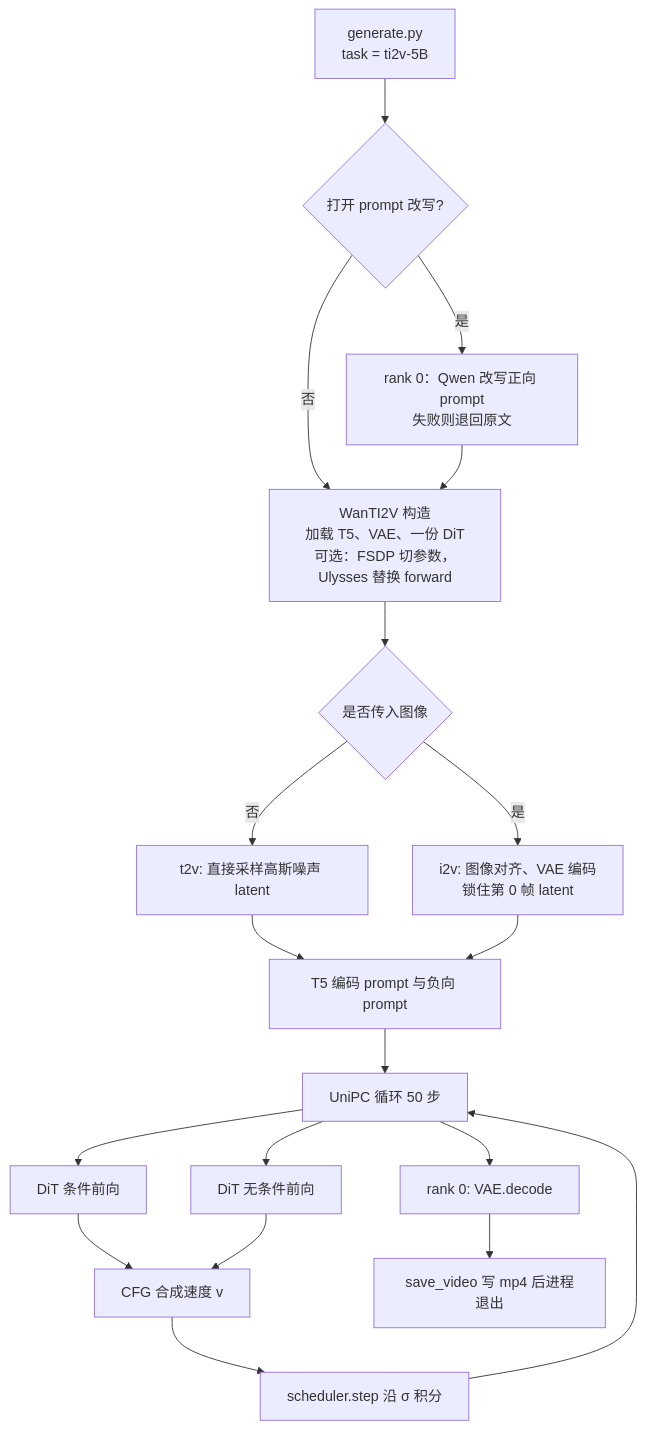
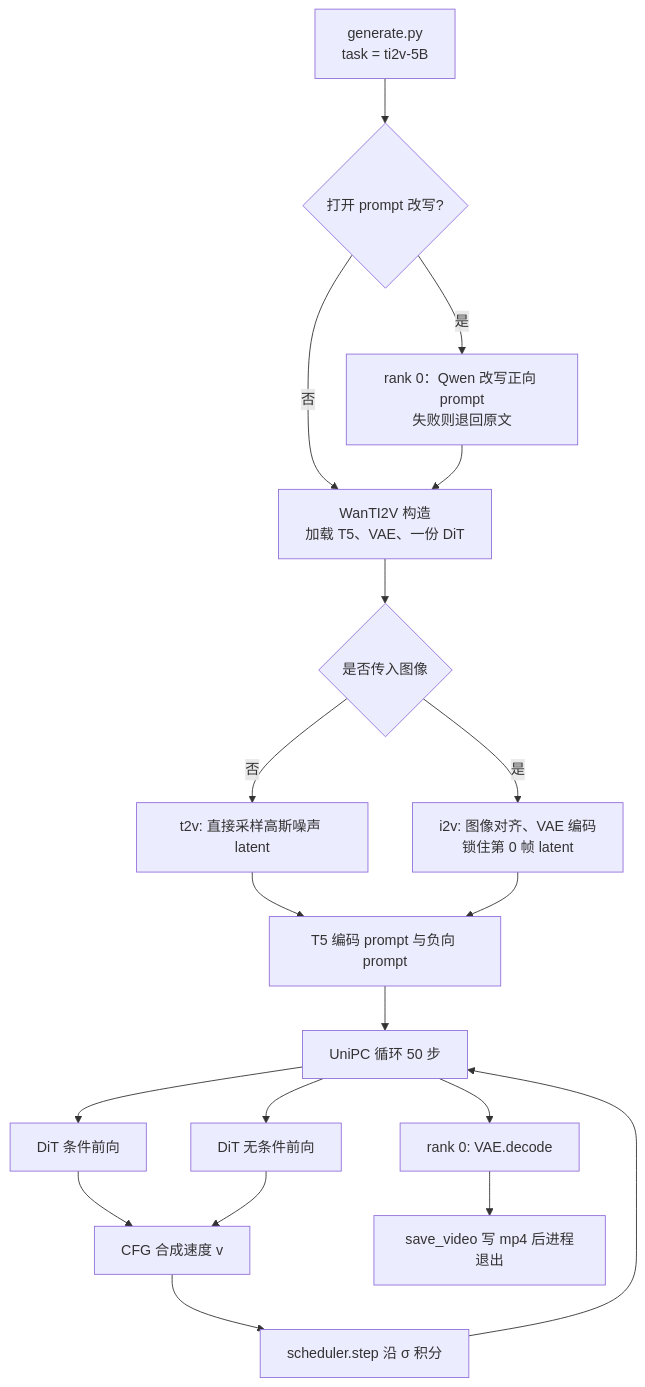
The diagram in docs/ti2v_5b_inference.md (zhzssp/Wan2.2), drawn with Mermaid before and after one commit. The commit also changed other lines of this file and 3 other files, not shown here.

````diff
--- a/docs/ti2v_5b_inference.md
+++ b/docs/ti2v_5b_inference.md
@@ -156,21 +158,21 @@
 ```mermaid
 flowchart TD
     A["generate.py<br/>task = ti2v-5B"] --> P{"打开 prompt 改写?"}
-    P -->|否| B["WanTI2V 构造<br/>加载 T5、VAE、一份 DiT<br/>可选：FSDP 切参数，Ulysses 替换 forward"]
+    P -->|否| B["WanTI2V 构造<br/>加载 T5、VAE、一份 DiT"]
     P -->|是| R["rank 0：Qwen 改写正向 prompt<br/>失败则退回原文"]
     R --> B
     B --> C{"是否传入图像"}
     C -->|否| D["t2v: 直接采样高斯噪声 latent"]
     C -->|是| E["i2v: 图像对齐、VAE 编码<br/>锁住第 0 帧 latent"]
     D --> F["T5 编码 prompt 与负向 prompt"]
     E --> F
     F --> G["UniPC 循环 50 步"]
     G --> H["DiT 条件前向"]
     G --> I["DiT 无条件前向"]
     H --> J["CFG 合成速度 v"]
     I --> J
     J --> K["scheduler.step 沿 σ 积分"]
     K --> G
     G --> L["rank 0: VAE.decode"]
     L --> M["save_video 写 mp4 后进程退出"]
 ```
````
